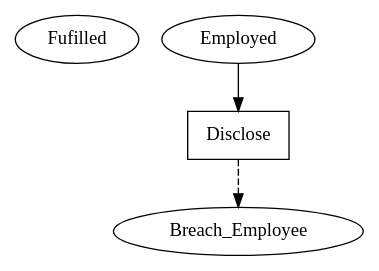
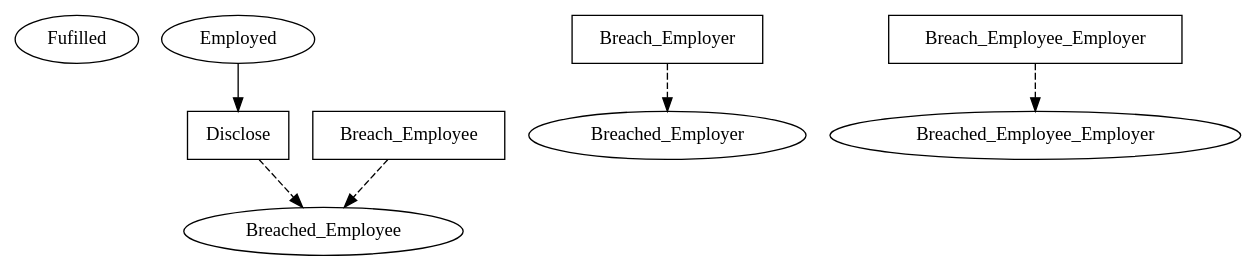
One commit to Marcao02/complaw-deeptech changed the diagram in linear_state_machine_language/pyL4/examples/out_graphviz/toy_and_teaching/hvitved_modeling_prohibition_trivial_nda.dot. Above: the diagram before and after it, drawn with Graphviz. The commit also changed 37 other files, not shown here.

Commit message:
remove old generated SAFE files. regen graphviz output.

```diff
--- a/linear_state_machine_language/pyL4/examples/out_graphviz/toy_and_teaching/hvitved_modeling_prohibition_trivial_nda.dot
+++ b/linear_state_machine_language/pyL4/examples/out_graphviz/toy_and_teaching/hvitved_modeling_prohibition_trivial_nda.dot
@@ -1,18 +1,27 @@
 // THIS IS A GENERATED FILE. DO NOT EDIT.
 
 digraph Hvitved_prohibitions_NDA {    
     Fulfilled[label=Fufilled];
-    Employed[label=Employed]
+    Employed[label=Employed];
+	Breached_Employer[label=Breached_Employer];
+	Breached_Employee[label=Breached_Employee];
+	Breached_Employee_Employer[label=Breached_Employee_Employer]
     
      
-    Disclose[label=Disclose,shape=box]    
+    Disclose[label=Disclose,shape=box];
+	Breach_Employer[label=Breach_Employer,shape=box];
+	Breach_Employee[label=Breach_Employee,shape=box];
+	Breach_Employee_Employer[label=Breach_Employee_Employer,shape=box]    
     
     
     
     Employed -> Disclose
     
-    Disclose -> Breach_Employee [style=dashed];
+    Disclose -> Breached_Employee [style=dashed];
+	Breach_Employer -> Breached_Employer [style=dashed];
+	Breach_Employee -> Breached_Employee [style=dashed];
+	Breach_Employee_Employer -> Breached_Employee_Employer [style=dashed];
 	     
     
        
 }
```
